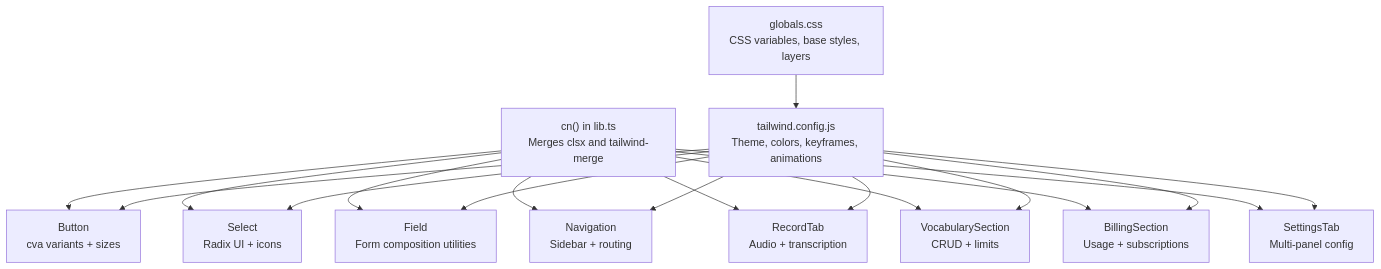
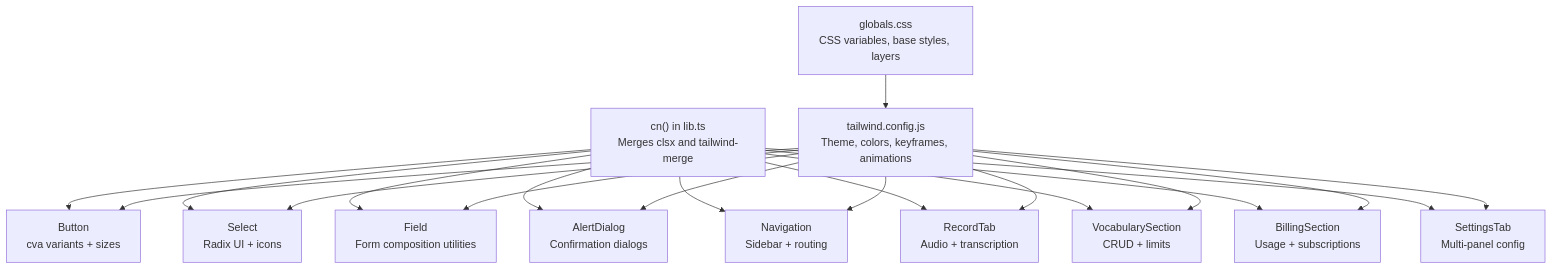
Before and after one commit to navgurukul/oscar: the second of 10 diagrams in .qoder/repowiki/en/content/UI Component Library/UI Component Library.md, drawn with Mermaid. The commit also changed other lines of this file and 9 other files, not shown here.

Commit message:
feat(settings): add multi-section settings architecture with lazy-loaded components

````diff
--- a/.qoder/repowiki/en/content/UI Component Library/UI Component Library.md
+++ b/.qoder/repowiki/en/content/UI Component Library/UI Component Library.md
@@ -429,31 +443,34 @@
 ```mermaid
 graph TB
 CN["cn() in lib.ts<br/>Merges clsx and tailwind-merge"]
 TWCFG["tailwind.config.js<br/>Theme, colors, keyframes, animations"]
 CSSROOT["globals.css<br/>CSS variables, base styles, layers"]
 BTN["Button<br/>cva variants + sizes"]
 SEL["Select<br/>Radix UI + icons"]
 FLD["Field<br/>Form composition utilities"]
+AD["AlertDialog<br/>Confirmation dialogs"]
 NAV["Navigation<br/>Sidebar + routing"]
 RT["RecordTab<br/>Audio + transcription"]
 VS["VocabularySection<br/>CRUD + limits"]
 BS["BillingSection<br/>Usage + subscriptions"]
 STS["SettingsTab<br/>Multi-panel config"]
 CN --> BTN
 CN --> SEL
 CN --> FLD
+CN --> AD
 CN --> NAV
 CN --> RT
 CN --> VS
 CN --> BS
 CN --> STS
 TWCFG --> BTN
 TWCFG --> SEL
 TWCFG --> FLD
+TWCFG --> AD
 TWCFG --> NAV
 TWCFG --> RT
 TWCFG --> VS
 TWCFG --> BS
 TWCFG --> STS
 CSSROOT --> TWCFG
 ```
````
